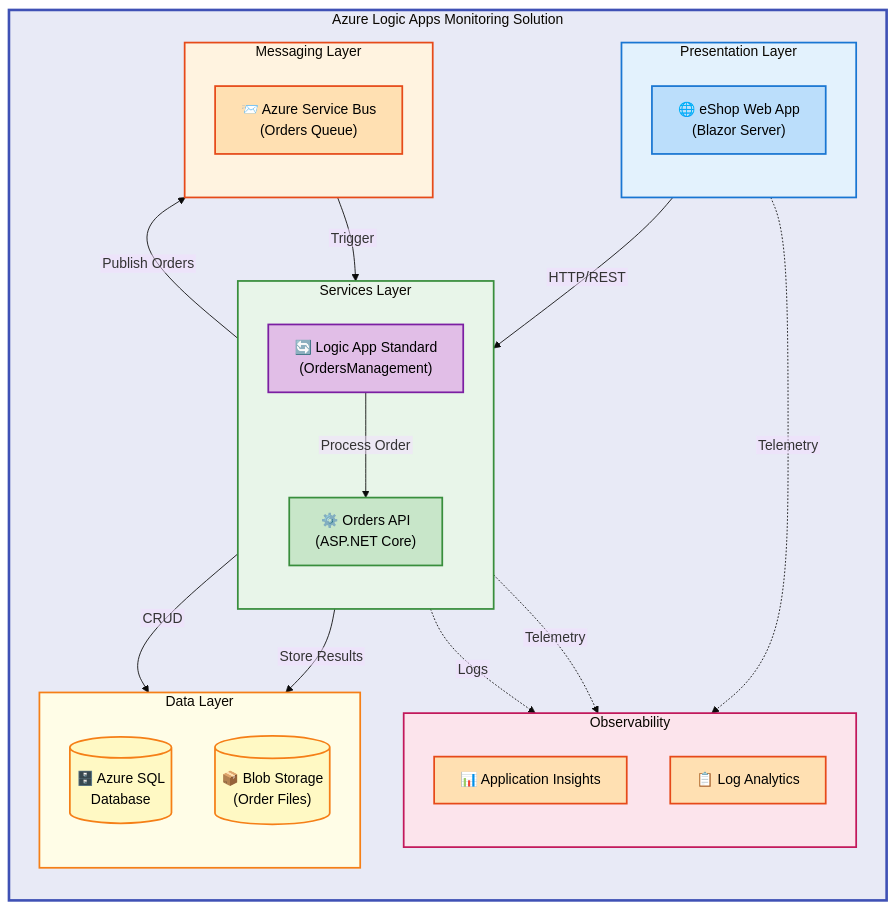
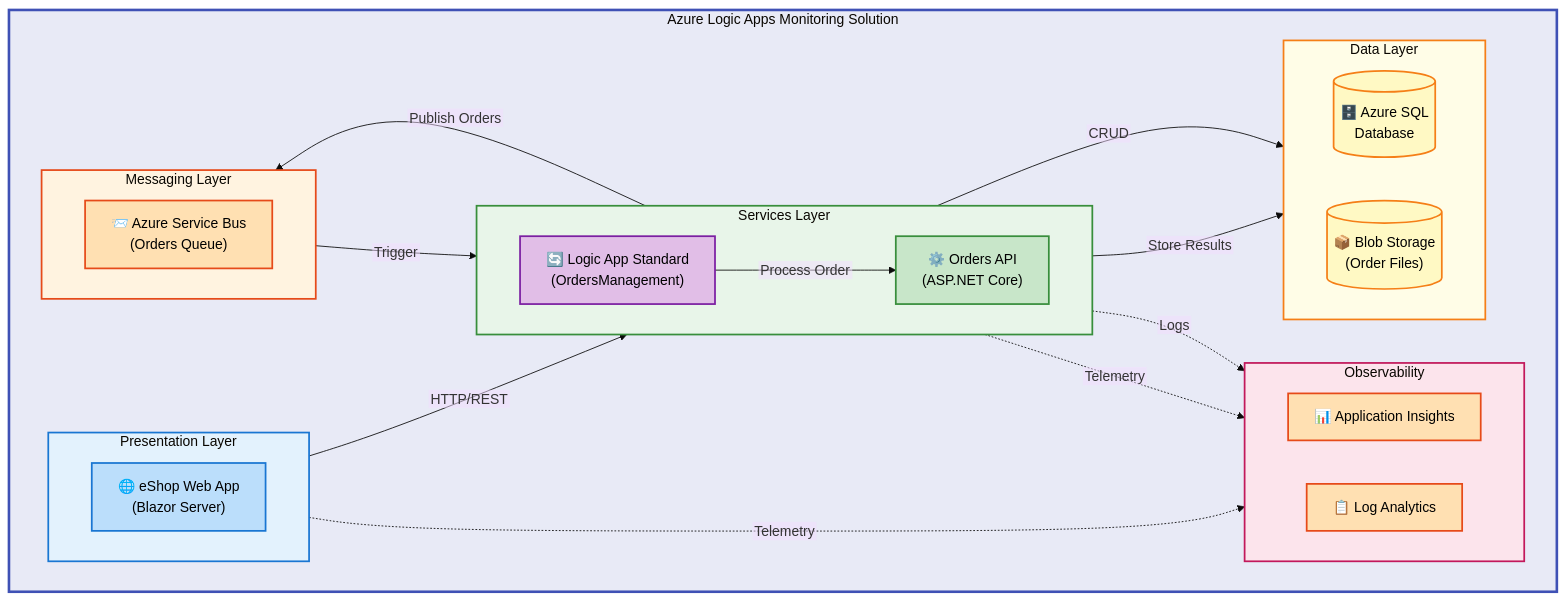
The diagram in README.md (Evilazaro/Azure-LogicApps-Monitoring), drawn with Mermaid (base theme) before and after one commit.

Commit message:
Refactor README.md: update flowchart direction from top-bottom to left-right for improved clarity

````diff
--- a/README.md
+++ b/README.md
@@ -38,59 +38,59 @@
 ```mermaid
 %%{init: {"flowchart": {"htmlLabels": false}} }%%
 flowchart TD
     classDef mdBlue fill:#BBDEFB,stroke:#1976D2,stroke-width:2px,color:#000
     classDef mdGreen fill:#C8E6C9,stroke:#388E3C,stroke-width:2px,color:#000
     classDef mdOrange fill:#FFE0B2,stroke:#E64A19,stroke-width:2px,color:#000
     classDef mdPurple fill:#E1BEE7,stroke:#7B1FA2,stroke-width:2px,color:#000
     classDef mdYellow fill:#FFF9C4,stroke:#F57F17,stroke-width:2px,color:#000
 
     subgraph system["Azure Logic Apps Monitoring Solution"]
-        direction TB
+        direction LR
 
         subgraph presentation["Presentation Layer"]
-            direction TB
+            direction LR
             webApp["🌐 eShop Web App<br/>(Blazor Server)"]:::mdBlue
         end
 
         subgraph services["Services Layer"]
-            direction TB
+            direction LR
             ordersApi["⚙️ Orders API<br/>(ASP.NET Core)"]:::mdGreen
             logicApp["🔄 Logic App Standard<br/>(OrdersManagement)"]:::mdPurple
         end
 
         subgraph messaging["Messaging Layer"]
-            direction TB
+            direction LR
             serviceBus["📨 Azure Service Bus<br/>(Orders Queue)"]:::mdOrange
         end
 
         subgraph data["Data Layer"]
-            direction TB
+            direction LR
             sqlDb[("🗄️ Azure SQL<br/>Database")]:::mdYellow
             blobStorage[("📦 Blob Storage<br/>(Order Files)")]:::mdYellow
         end
 
         subgraph observability["Observability"]
-            direction TB
+            direction LR
             appInsights["📊 Application Insights"]:::mdOrange
             logAnalytics["📋 Log Analytics"]:::mdOrange
         end
 
         webApp -->|"HTTP/REST"| ordersApi
         ordersApi -->|"Publish Orders"| serviceBus
         serviceBus -->|"Trigger"| logicApp
         logicApp -->|"Process Order"| ordersApi
         logicApp -->|"Store Results"| blobStorage
         ordersApi -->|"CRUD"| sqlDb
 
         webApp -.->|"Telemetry"| appInsights
         ordersApi -.->|"Telemetry"| appInsights
         logicApp -.->|"Logs"| logAnalytics
     end
 
     style system fill:#E8EAF6,stroke:#3F51B5,stroke-width:3px
     style presentation fill:#E3F2FD,stroke:#1976D2,stroke-width:2px
     style services fill:#E8F5E9,stroke:#388E3C,stroke-width:2px
     style messaging fill:#FFF3E0,stroke:#E64A19,stroke-width:2px
     style data fill:#FFFDE7,stroke:#F57F17,stroke-width:2px
     style observability fill:#FCE4EC,stroke:#C2185B,stroke-width:2px
 ```
````
